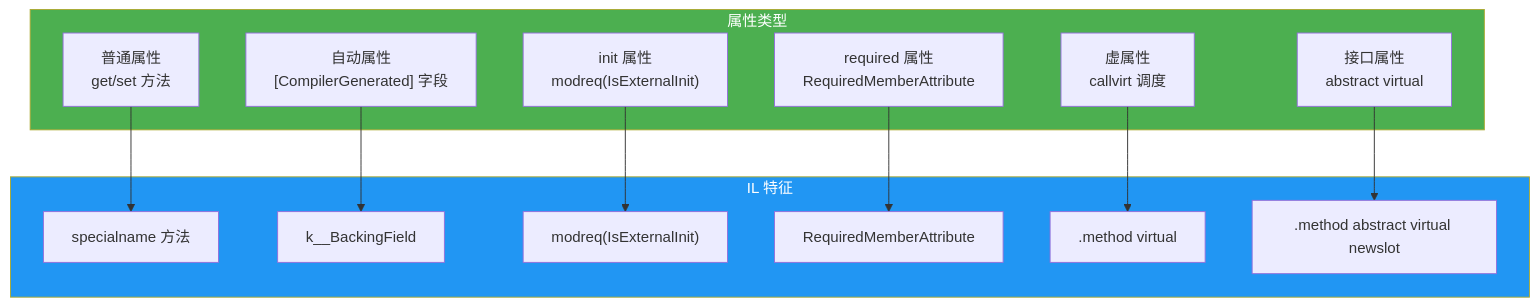
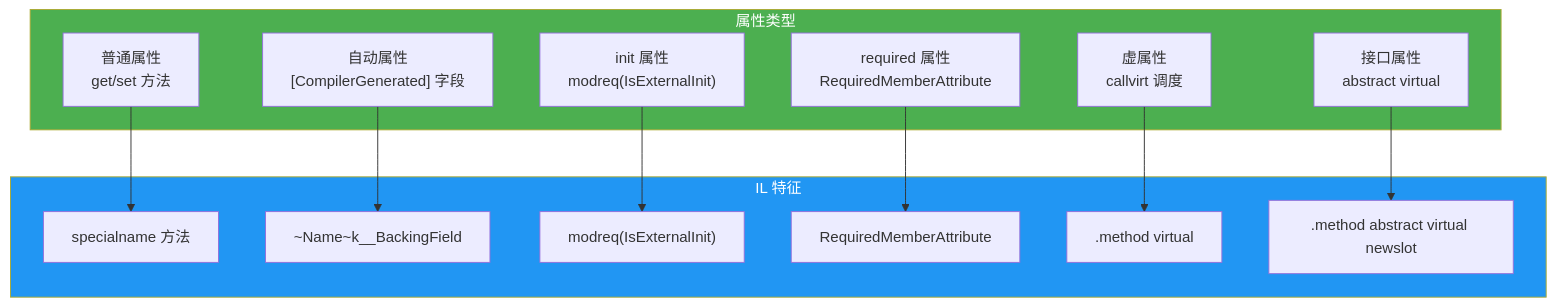
Before and after one commit to moklgydocs/moklgydocs.github.io: the tenth of 10 diagrams in src/后端开发/CSharp/CLR深度/02_对象与类型原理/04_属性与索引器原理.md, drawn with Mermaid. The commit also changed other lines of this file and 32 other files, not shown here.

````diff
--- a/src/后端开发/CSharp/CLR深度/02_对象与类型原理/04_属性与索引器原理.md
+++ b/src/后端开发/CSharp/CLR深度/02_对象与类型原理/04_属性与索引器原理.md
@@ -1427,30 +1427,30 @@
 ```mermaid
 flowchart TB
     subgraph Props["属性类型"]
         A["普通属性<br/>get/set 方法"]
         B["自动属性<br/>[CompilerGenerated] 字段"]
         C["init 属性<br/>modreq(IsExternalInit)"]
         D["required 属性<br/>RequiredMemberAttribute"]
         E["虚属性<br/>callvirt 调度"]
         F["接口属性<br/>abstract virtual"]
     end
 
     subgraph IL_Features["IL 特征"]
         A1["specialname 方法"]
-        B1["<Name>k__BackingField"]
+        B1["~Name~k__BackingField"]
         C1["modreq(IsExternalInit)"]
         D1["RequiredMemberAttribute"]
         E1[".method virtual"]
         F1[".method abstract virtual newslot"]
     end
 
     A --> A1
     B --> B1
     C --> C1
     D --> D1
     E --> E1
     F --> F1
 
     style Props fill:#4CAF50,color:#fff
     style IL_Features fill:#2196F3,color:#fff
 ```
````
